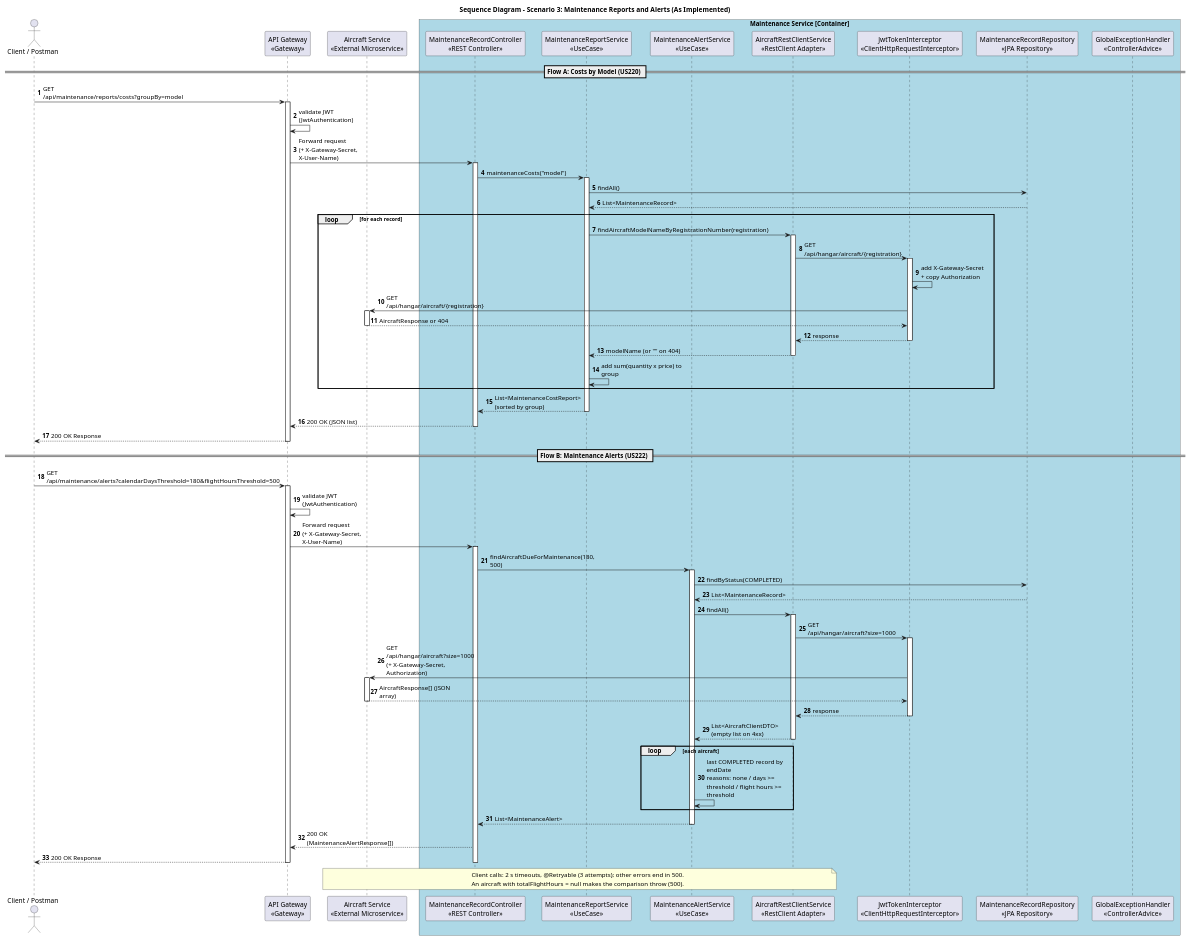
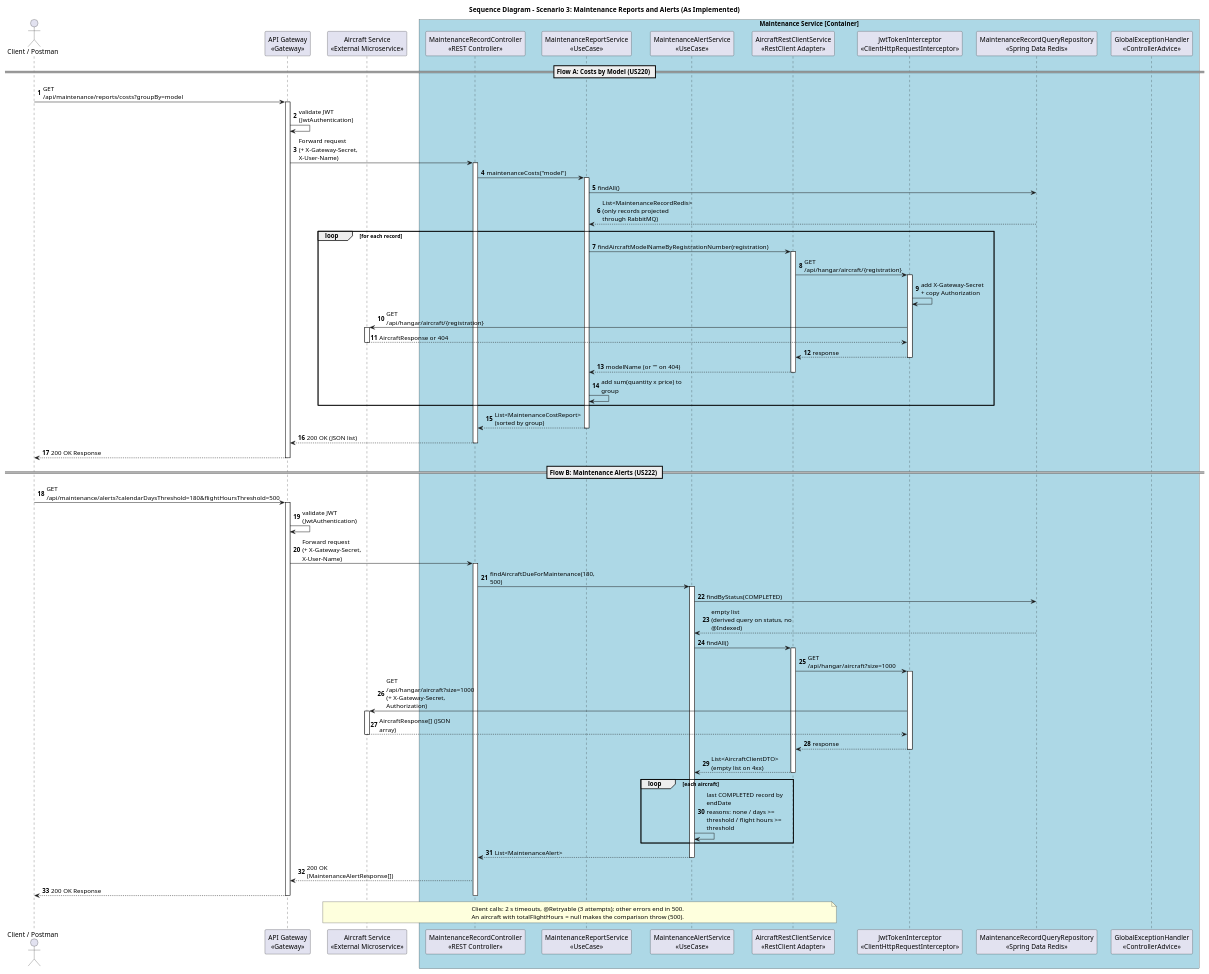
One commit to 8126Lucas/SIDIS_G6_3DA changed the diagram in maintenance-service/docs/sequence-diagrams/scenario-3-maintenance-reports.puml. Above: the diagram before and after it, drawn with PlantUML. The commit also changed 48 other files, not shown here.

First line of the commit message:
Refactor maintenance and route services for improved data handling and documentation

```diff
--- a/maintenance-service/docs/sequence-diagrams/scenario-3-maintenance-reports.puml
+++ b/maintenance-service/docs/sequence-diagrams/scenario-3-maintenance-reports.puml
@@ -1,108 +1,108 @@
 @startuml
 skinparam responseMessageBelowArrow true
 skinparam maxMessageSize 180
 skinparam boxPadding 10
 skinparam participantPadding 10
 skinparam shadowing false
 
 title Sequence Diagram - Scenario 3: Maintenance Reports and Alerts (As Implemented)
 
 autonumber
 
 actor "Client / Postman" as client
 participant "API Gateway\n<<Gateway>>" as gateway
 participant "MaintenanceRecordController\n<<REST Controller>>" as controller
 participant "MaintenanceReportService\n<<UseCase>>" as report_svc
 participant "MaintenanceAlertService\n<<UseCase>>" as alert_svc
 participant "AircraftRestClientService\n<<RestClient Adapter>>" as aircraft_client
 participant "JwtTokenInterceptor\n<<ClientHttpRequestInterceptor>>" as interceptor
-participant "MaintenanceRecordRepository\n<<JPA Repository>>" as record_repo
+participant "MaintenanceRecordQueryRepository\n<<Spring Data Redis>>" as record_repo
 participant "GlobalExceptionHandler\n<<ControllerAdvice>>" as exception_handler
 participant "Aircraft Service\n<<External Microservice>>" as aircraft_api
 
 box "Maintenance Service [Container]" #LightBlue
     participant controller
     participant report_svc
     participant alert_svc
     participant aircraft_client
     participant interceptor
     participant record_repo
     participant exception_handler
 end box
 
 == Flow A: Costs by Model (US220) ==
 
 client -> gateway : GET /api/maintenance/reports/costs?groupBy=model
 activate gateway
 gateway -> gateway : validate JWT (JwtAuthentication)
 gateway -> controller : Forward request\n(+ X-Gateway-Secret, X-User-Name)
 activate controller
 
 controller -> report_svc : maintenanceCosts("model")
 activate report_svc
 report_svc -> record_repo : findAll()
-record_repo --> report_svc : List<MaintenanceRecord>
+record_repo --> report_svc : List<MaintenanceRecordRedis>\n(only records projected through RabbitMQ)
 
 loop for each record
     report_svc -> aircraft_client : findAircraftModelNameByRegistrationNumber(registration)
     activate aircraft_client
     aircraft_client -> interceptor : GET /api/hangar/aircraft/{registration}
     activate interceptor
     interceptor -> interceptor : add X-Gateway-Secret\n+ copy Authorization
     interceptor -> aircraft_api : GET /api/hangar/aircraft/{registration}
     activate aircraft_api
     aircraft_api --> interceptor : AircraftResponse or 404
     deactivate aircraft_api
     interceptor --> aircraft_client : response
     deactivate interceptor
     aircraft_client --> report_svc : modelName (or "" on 404)
     deactivate aircraft_client
     report_svc -> report_svc : add sum(quantity x price) to group
 end
 
 report_svc --> controller : List<MaintenanceCostReport> (sorted by group)
 deactivate report_svc
 controller --> gateway : 200 OK (JSON list)
 deactivate controller
 gateway --> client : 200 OK Response
 deactivate gateway
 
 == Flow B: Maintenance Alerts (US222) ==
 
 client -> gateway : GET /api/maintenance/alerts?calendarDaysThreshold=180&flightHoursThreshold=500
 activate gateway
 gateway -> gateway : validate JWT (JwtAuthentication)
 gateway -> controller : Forward request\n(+ X-Gateway-Secret, X-User-Name)
 activate controller
 
 controller -> alert_svc : findAircraftDueForMaintenance(180, 500)
 activate alert_svc
 alert_svc -> record_repo : findByStatus(COMPLETED)
-record_repo --> alert_svc : List<MaintenanceRecord>
+record_repo --> alert_svc : empty list\n(derived query on status, no @Indexed)
 
 alert_svc -> aircraft_client : findAll()
 activate aircraft_client
 aircraft_client -> interceptor : GET /api/hangar/aircraft?size=1000
 activate interceptor
 interceptor -> aircraft_api : GET /api/hangar/aircraft?size=1000\n(+ X-Gateway-Secret, Authorization)
 activate aircraft_api
 aircraft_api --> interceptor : AircraftResponse[] (JSON array)
 deactivate aircraft_api
 interceptor --> aircraft_client : response
 deactivate interceptor
 aircraft_client --> alert_svc : List<AircraftClientDTO>\n(empty list on 4xx)
 deactivate aircraft_client
 
 loop each aircraft
     alert_svc -> alert_svc : last COMPLETED record by endDate\nreasons: none / days >= threshold / flight hours >= threshold
 end
 alert_svc --> controller : List<MaintenanceAlert>
 deactivate alert_svc
 controller --> gateway : 200 OK (MaintenanceAlertResponse[])
 gateway --> client : 200 OK Response
 deactivate controller
 deactivate gateway
 
 note over aircraft_client, aircraft_api : Client calls: 2 s timeouts, @Retryable (3 attempts); other errors end in 500.\nAn aircraft with totalFlightHours = null makes the comparison throw (500).
 
 @enduml
```
